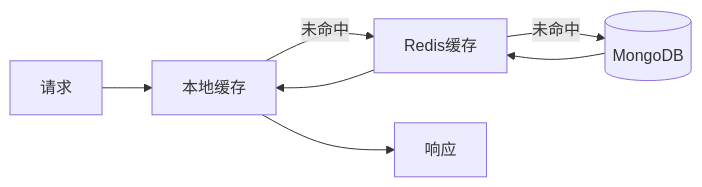
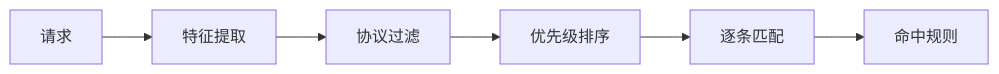
One commit to hrygo/gomockserver changed the second of 2 diagrams in .qoder/planning/architecture/system-design.md. Above: the diagram before and after it, drawn with Mermaid. The commit also changed other lines of this file, not shown here.

````diff
--- a/.qoder/planning/architecture/system-design.md
+++ b/.qoder/planning/architecture/system-design.md
@@ -936,9 +104,8 @@
 ```mermaid
 graph LR
-    Request[请求] --> L1[本地缓存]
-    L1 -->|未命中| L2[Redis缓存]
-    L2 -->|未命中| DB[(MongoDB)]
-    DB --> L2
-    L2 --> L1
-    L1 --> Response[响应]
+    Request[请求] --> Extract[特征提取]
+    Extract --> Filter[协议过滤]
+    Filter --> Sort[优先级排序]
+    Sort --> Match[逐条匹配]
+    Match --> Result[命中规则]
 ```
````
